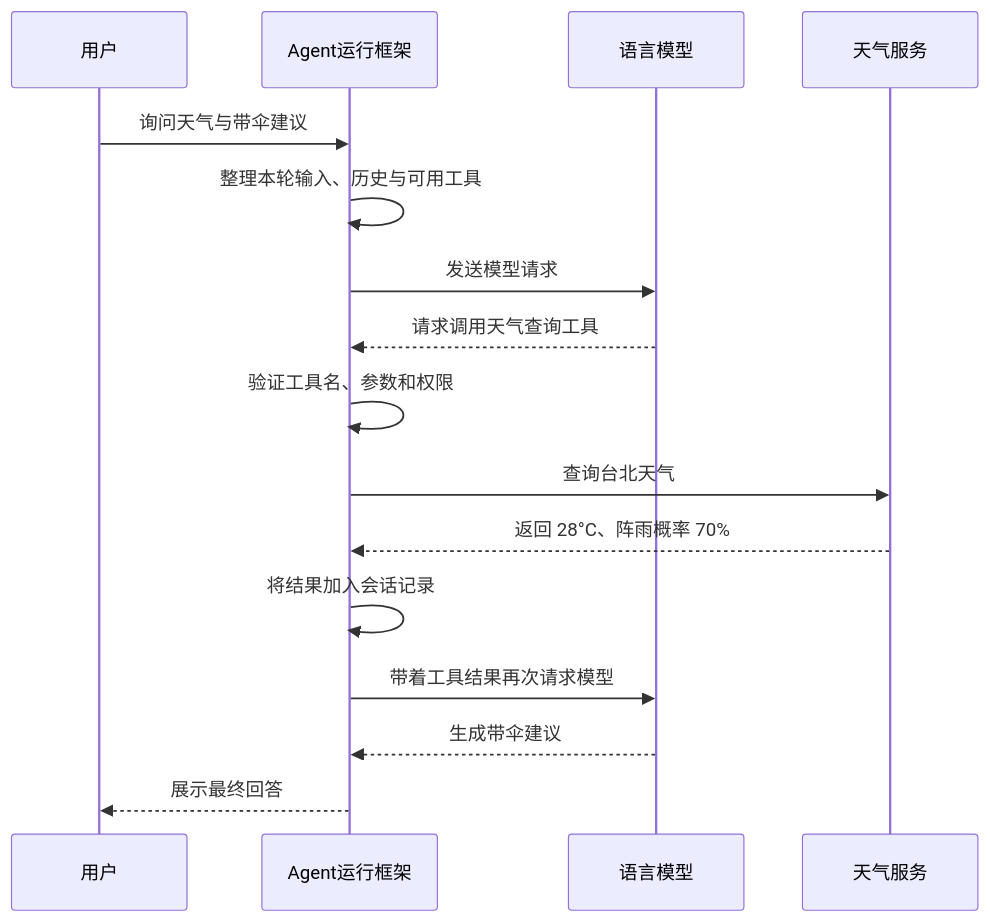
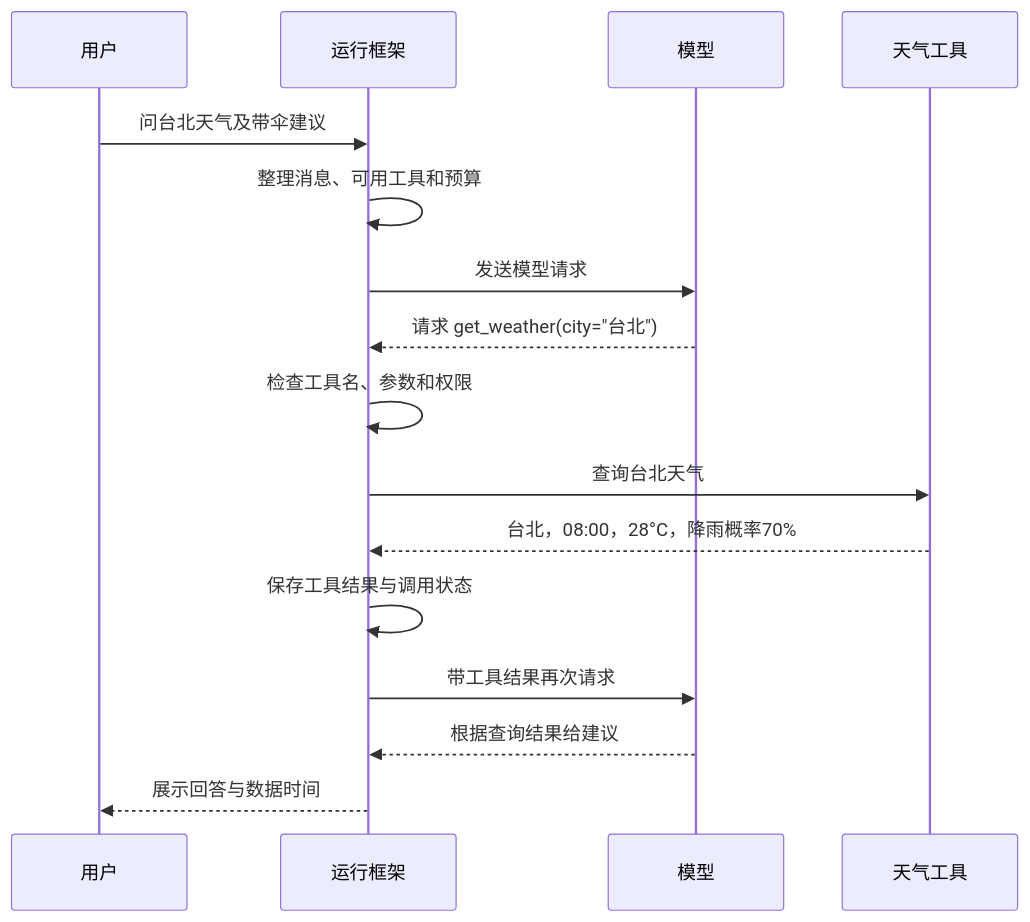
One commit to RanTian2333/agentbook changed the diagram in 书稿/02-第二章.md. Above: the diagram before and after it, drawn with Mermaid. The commit also changed other lines of this file and 26 other files, not shown here.

````diff
--- a/书稿/02-第二章.md
+++ b/书稿/02-第二章.md
@@ -20,19 +54,19 @@
-```mermaid
+~~~mermaid
 sequenceDiagram
     participant U as 用户
-    participant H as Agent运行框架
-    participant M as 语言模型
-    participant T as 天气服务
+    participant H as 运行框架
+    participant M as 模型
+    participant T as 天气工具
 
-    U->>H: 询问天气与带伞建议
-    H->>H: 整理本轮输入、历史与可用工具
+    U->>H: 问台北天气及带伞建议
+    H->>H: 整理消息、可用工具和预算
     H->>M: 发送模型请求
-    M-->>H: 请求调用天气查询工具
-    H->>H: 验证工具名、参数和权限
+    M-->>H: 请求 get_weather(city="台北")
+    H->>H: 检查工具名、参数和权限
     H->>T: 查询台北天气
-    T-->>H: 返回 28°C、阵雨概率 70%
-    H->>H: 将结果加入会话记录
-    H->>M: 带着工具结果再次请求模型
-    M-->>H: 生成带伞建议
-    H-->>U: 展示最终回答
-```
+    T-->>H: 台北，08:00，28°C，降雨概率70%
+    H->>H: 保存工具结果与调用状态
+    H->>M: 带工具结果再次请求
+    M-->>H: 根据查询结果给建议
+    H-->>U: 展示回答与数据时间
+~~~
````
